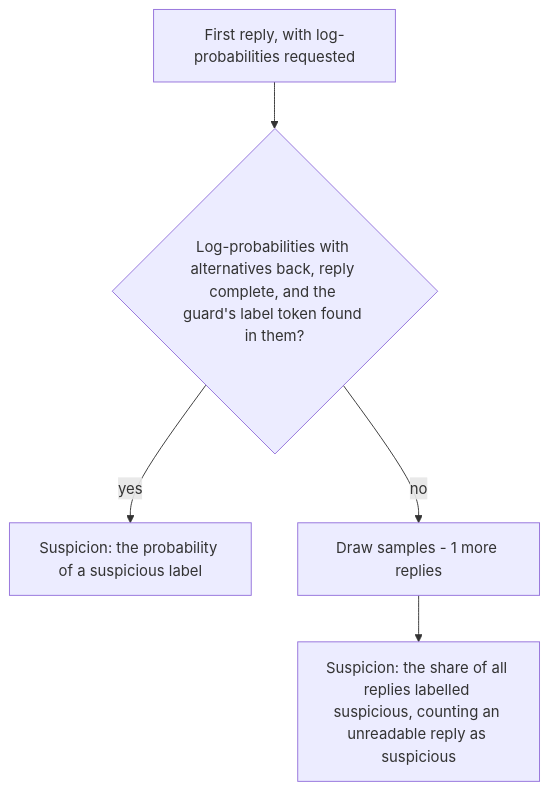
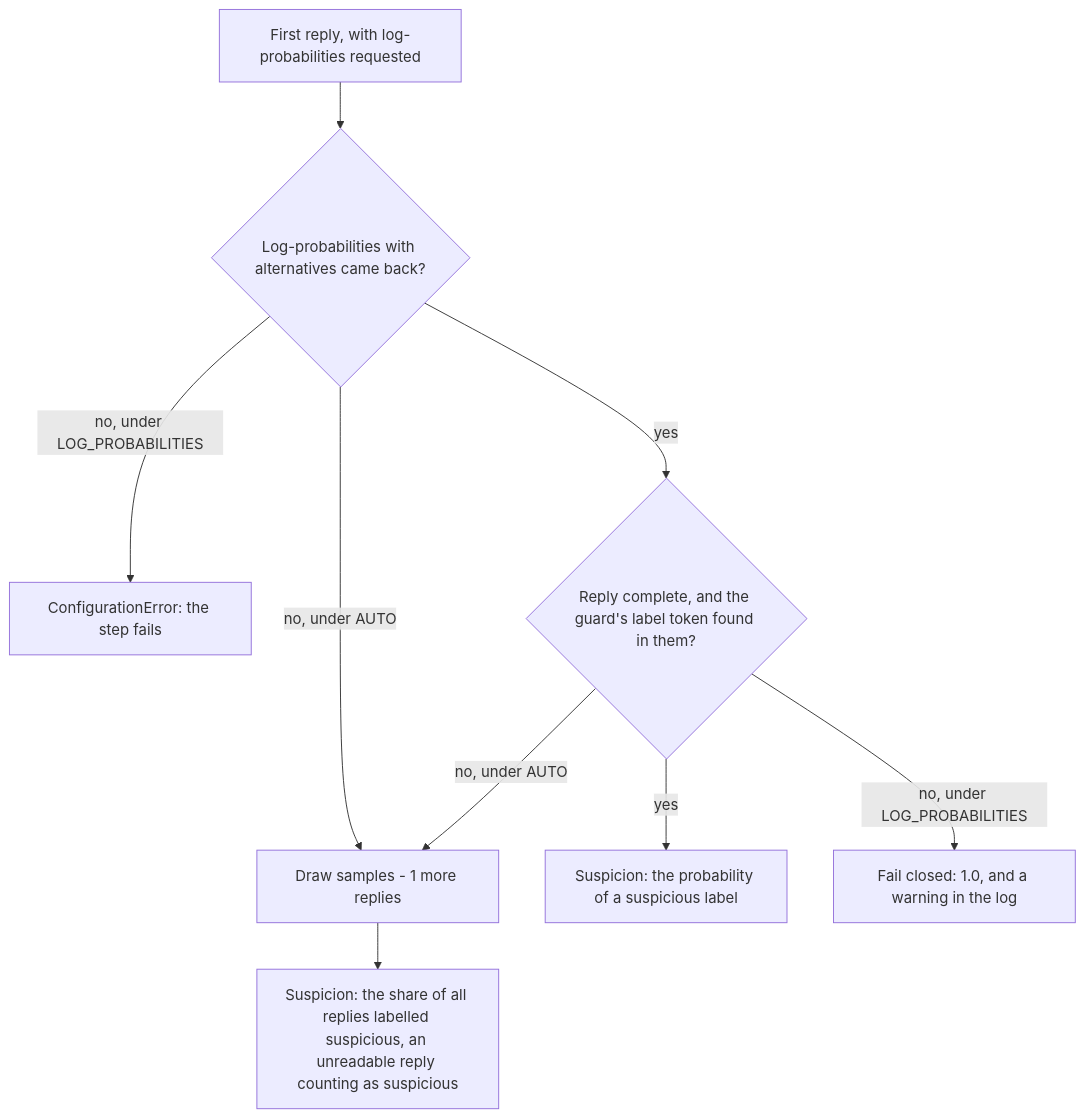
The first of 2 diagrams in docs/how-to/use-a-guard-model.md (omamori-lab/langchain-sync-monitors), drawn with Mermaid before and after one commit. The commit also changed other lines of this file, not shown here.

First line of the commit message:
Rewrite the guard model guide for 0.1.0

````diff
--- a/docs/how-to/use-a-guard-model.md
+++ b/docs/how-to/use-a-guard-model.md
@@ -124,7 +118,11 @@
 ```mermaid
 flowchart TD
-    first["First reply, with log-probabilities requested"] --> usable{"Log-probabilities with alternatives back, reply complete, and the guard's label token found in them?"}
-    usable -- "yes" --> probability["Suspicion: the probability of a suspicious label"]
-    usable -- "no" --> more["Draw samples - 1 more replies"]
-    more --> share["Suspicion: the share of all replies labelled suspicious, counting an unreadable reply as suspicious"]
+    first["First reply, with log-probabilities requested"] --> back{"Log-probabilities with alternatives came back?"}
+    back -- "no, under LOG_PROBABILITIES" --> error["ConfigurationError: the step fails"]
+    back -- "no, under AUTO" --> more["Draw samples - 1 more replies"]
+    back -- "yes" --> found{"Reply complete, and the guard's label token found in them?"}
+    found -- "yes" --> probability["Suspicion: the probability of a suspicious label"]
+    found -- "no, under AUTO" --> more
+    found -- "no, under LOG_PROBABILITIES" --> closed["Fail closed: 1.0, and a warning in the log"]
+    more --> share["Suspicion: the share of all replies labelled suspicious, an unreadable reply counting as suspicious"]
 ```
````
